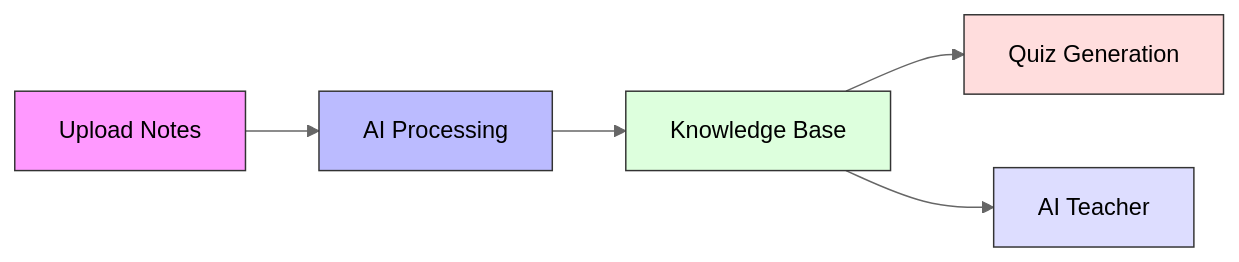
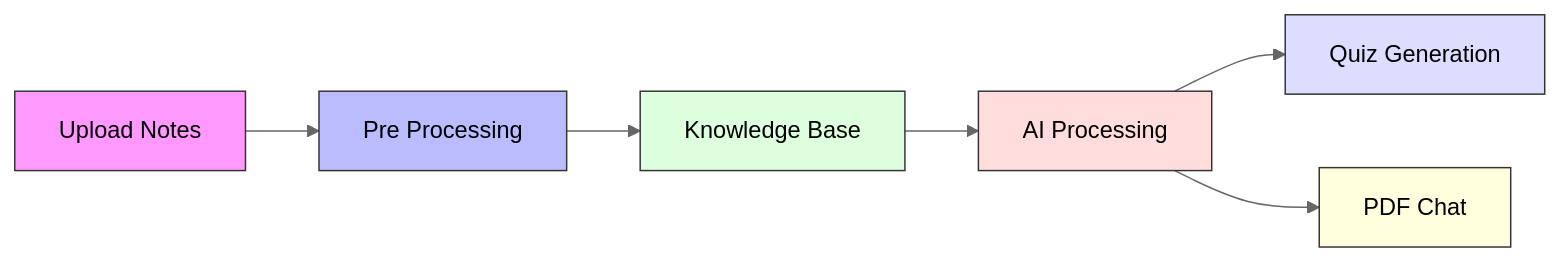
Before and after one commit to Nekonardo/StudyBuddy: the first of 5 diagrams in README.md, drawn with Mermaid (neutral theme).

````diff
--- a/README.md
+++ b/README.md
@@ -128,12 +128,16 @@
 ```mermaid
 graph LR
-    A[Upload Notes] --> B[AI Processing]
+    A[Upload Notes] --> B[Pre Processing]
     B --> C[Knowledge Base]
-    C --> D[Quiz Generation]
-    C --> E[AI Teacher]
+    C --> D[AI Processing]
+    D --> E[Quiz Generation]
+    D --> F[PDF Chat]
+
     style A fill:#f9f,stroke:#333
     style B fill:#bbf,stroke:#333
     style C fill:#dfd,stroke:#333
     style D fill:#fdd,stroke:#333
     style E fill:#ddf,stroke:#333
+    style F fill:#ffd,stroke:#333
+
 ```
````
